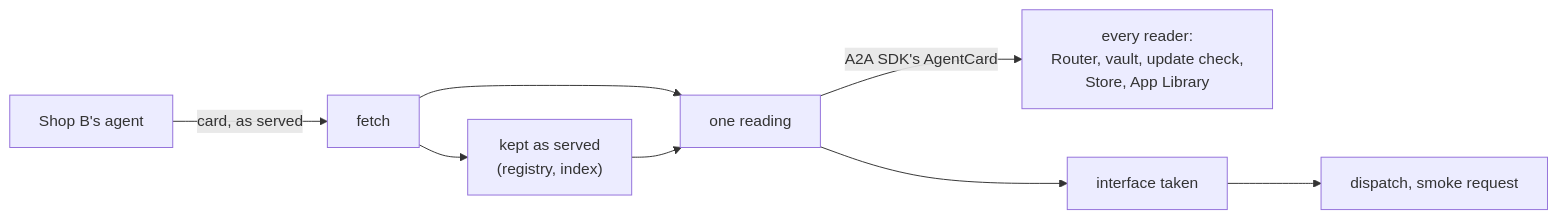
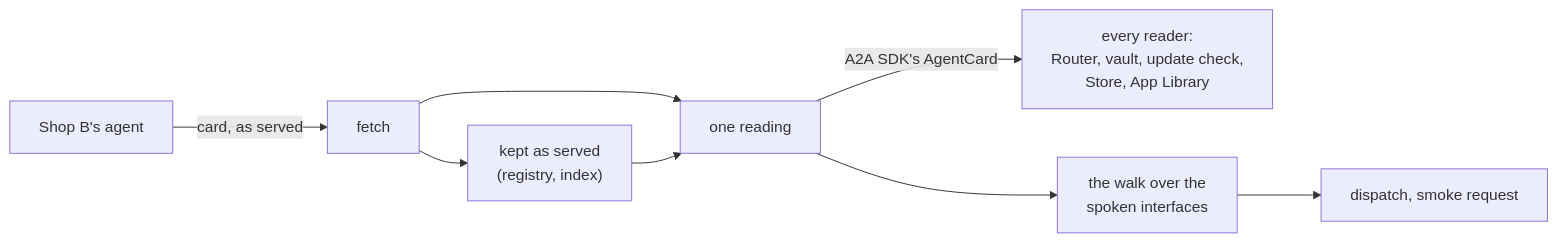
One commit to retz8/a2uiverse changed the first of 2 diagrams in docs/design/card.md. Above: the diagram before and after it, drawn with Mermaid. The commit also changed other lines of this file and 10 other files, not shown here.

````diff
--- a/docs/design/card.md
+++ b/docs/design/card.md
@@ -52,10 +52,10 @@
 ```mermaid
 flowchart LR
     A["Shop B's agent"] -->|"card, as served"| F["fetch"]
     F --> S["kept as served<br/>(registry, index)"]
     F --> R["one reading"]
     S --> R
     R -->|"A2A SDK's AgentCard"| X["every reader:<br/>Router, vault, update check,<br/>Store, App Library"]
-    R --> I["interface taken"]
+    R --> I["the walk over the<br/>spoken interfaces"]
     I --> D["dispatch, smoke request"]
 ```
````
